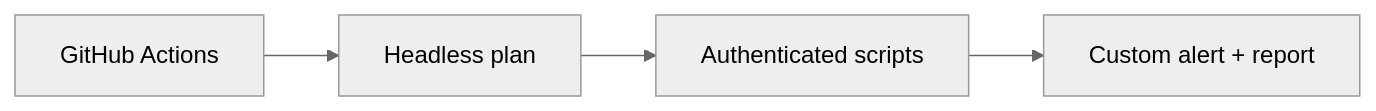
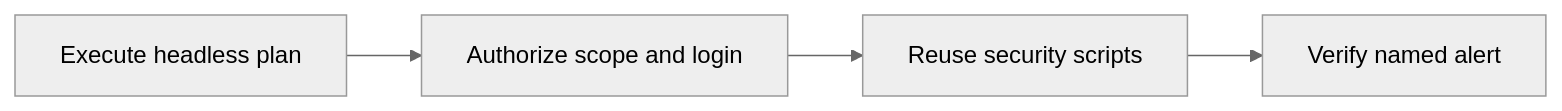
One commit to rupeshtiwari/pluralsight-script-development-with-zap changed the diagram in demos/module2-demos/m2-demo1-authenticated-zap-github-actions/README.md. Above: the diagram before and after it, drawn with Mermaid (neutral theme). The commit also changed other lines of this file and 30 other files, not shown here.

````diff
--- a/demos/module2-demos/m2-demo1-authenticated-zap-github-actions/README.md
+++ b/demos/module2-demos/m2-demo1-authenticated-zap-github-actions/README.md
@@ -28,8 +31,10 @@
 ```mermaid
 flowchart LR
-  N0["GitHub Actions"]
-  N1["Headless plan"]
-  N2["Authenticated scripts"]
-  N3["Custom alert + report"]
-  N0 --> N1 --> N2 --> N3
+  S1["Execute headless plan"]
+  S2["Authorize scope and login"]
+  S3["Reuse security scripts"]
+  S4["Verify named alert"]
+  S1 --> S2
+  S2 --> S3
+  S3 --> S4
 ```
````
